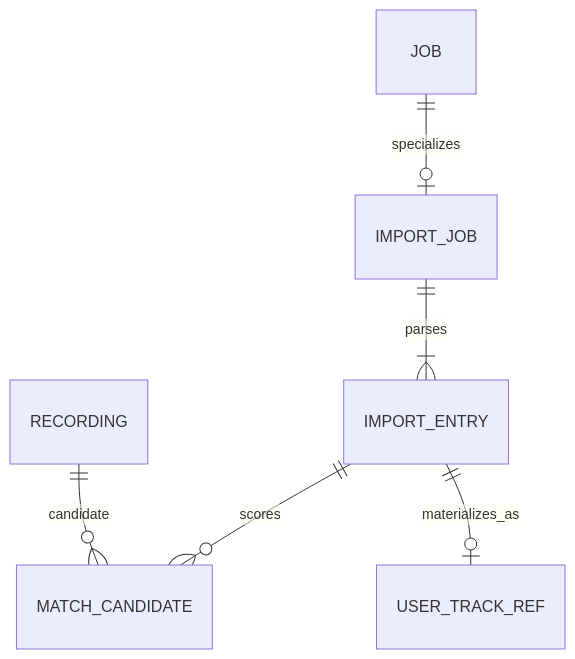
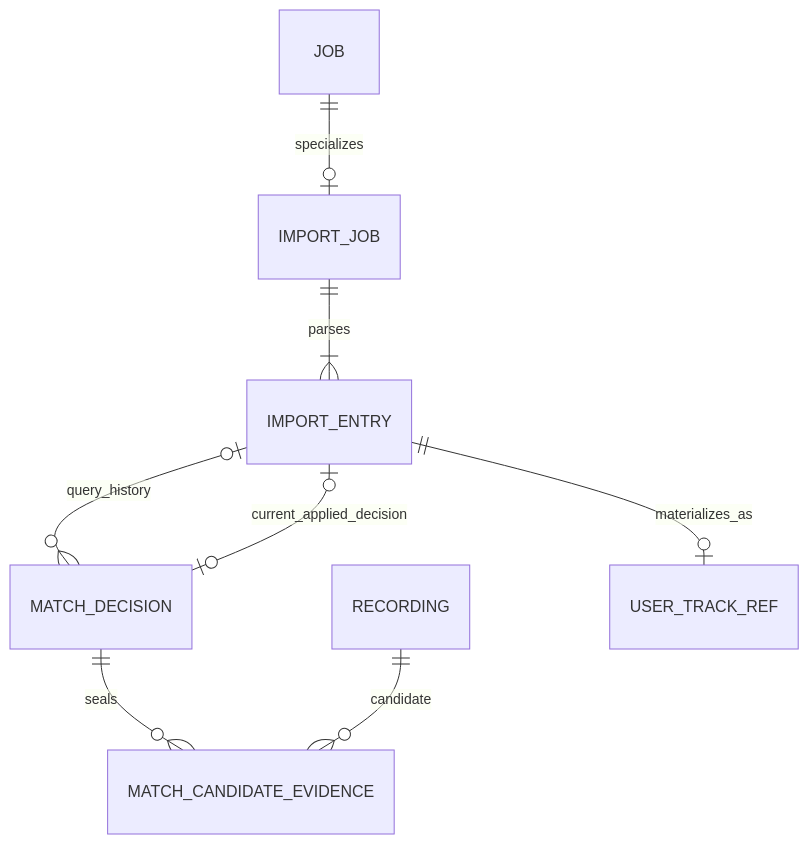
The sixth of 9 diagrams in docs/design/AutPlay ER Model v1.md (Dakstar-cool/AutPlay), drawn with Mermaid before and after one commit. The commit also changed other lines of this file and 11 other files, not shown here.

````diff
--- a/docs/design/AutPlay ER Model v1.md
+++ b/docs/design/AutPlay ER Model v1.md
@@ -671,8 +683,10 @@
 ```mermaid
 erDiagram
     JOB ||--o| IMPORT_JOB : specializes
     IMPORT_JOB ||--|{ IMPORT_ENTRY : parses
-    IMPORT_ENTRY ||--o{ MATCH_CANDIDATE : scores
-    RECORDING ||--o{ MATCH_CANDIDATE : candidate
+    IMPORT_ENTRY o|--o{ MATCH_DECISION : query_history
+    MATCH_DECISION ||--o{ MATCH_CANDIDATE_EVIDENCE : seals
+    RECORDING ||--o{ MATCH_CANDIDATE_EVIDENCE : candidate
+    MATCH_DECISION o|--o| IMPORT_ENTRY : current_applied_decision
     IMPORT_ENTRY ||--o| USER_TRACK_REF : materializes_as
 ```
````
